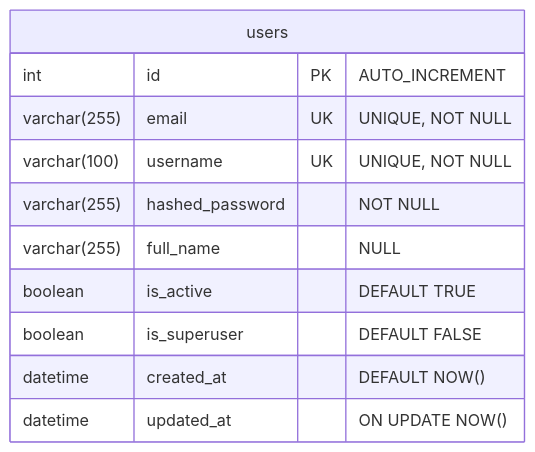
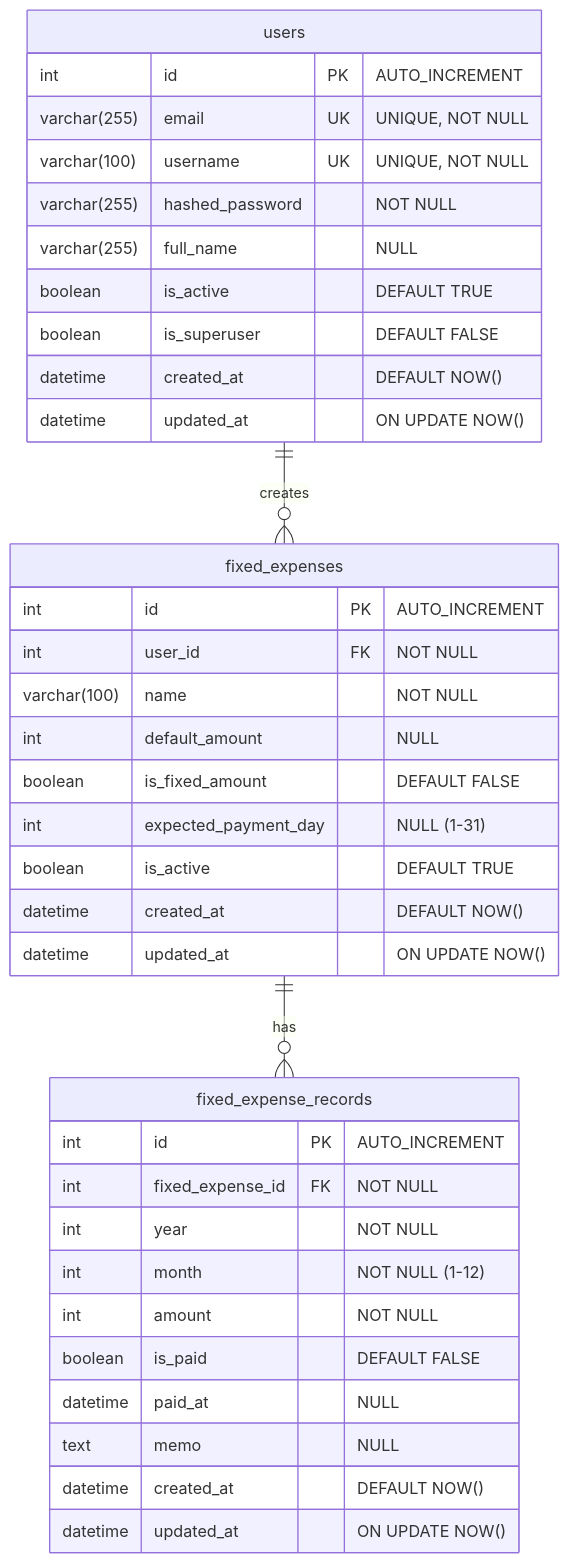
One commit to kimyeonghoon/money.yeonghoon.kim changed the first of 2 diagrams in docs/DATABASE_SCHEMA.md. Above: the diagram before and after it, drawn with Mermaid. The commit also changed other lines of this file and 2 other files, not shown here.

````diff
--- a/docs/DATABASE_SCHEMA.md
+++ b/docs/DATABASE_SCHEMA.md
@@ -7,14 +7,42 @@
 ```mermaid
 erDiagram
+    users ||--o{ fixed_expenses : creates
+    fixed_expenses ||--o{ fixed_expense_records : has
+
     users {
         int id PK "AUTO_INCREMENT"
         varchar(255) email UK "UNIQUE, NOT NULL"
         varchar(100) username UK "UNIQUE, NOT NULL"
         varchar(255) hashed_password "NOT NULL"
         varchar(255) full_name "NULL"
         boolean is_active "DEFAULT TRUE"
         boolean is_superuser "DEFAULT FALSE"
         datetime created_at "DEFAULT NOW()"
         datetime updated_at "ON UPDATE NOW()"
     }
+
+    fixed_expenses {
+        int id PK "AUTO_INCREMENT"
+        int user_id FK "NOT NULL"
+        varchar(100) name "NOT NULL"
+        int default_amount "NULL"
+        boolean is_fixed_amount "DEFAULT FALSE"
+        int expected_payment_day "NULL (1-31)"
+        boolean is_active "DEFAULT TRUE"
+        datetime created_at "DEFAULT NOW()"
+        datetime updated_at "ON UPDATE NOW()"
+    }
+
+    fixed_expense_records {
+        int id PK "AUTO_INCREMENT"
+        int fixed_expense_id FK "NOT NULL"
+        int year "NOT NULL"
+        int month "NOT NULL (1-12)"
+        int amount "NOT NULL"
+        boolean is_paid "DEFAULT FALSE"
+        datetime paid_at "NULL"
+        text memo "NULL"
+        datetime created_at "DEFAULT NOW()"
+        datetime updated_at "ON UPDATE NOW()"
+    }
 ```
````
